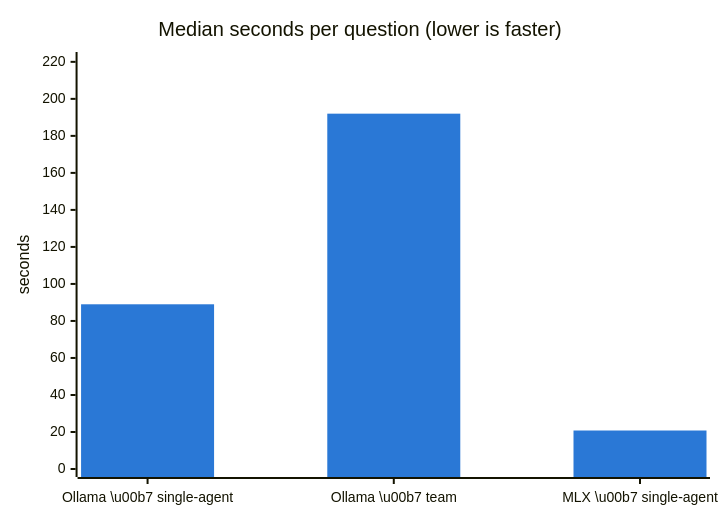
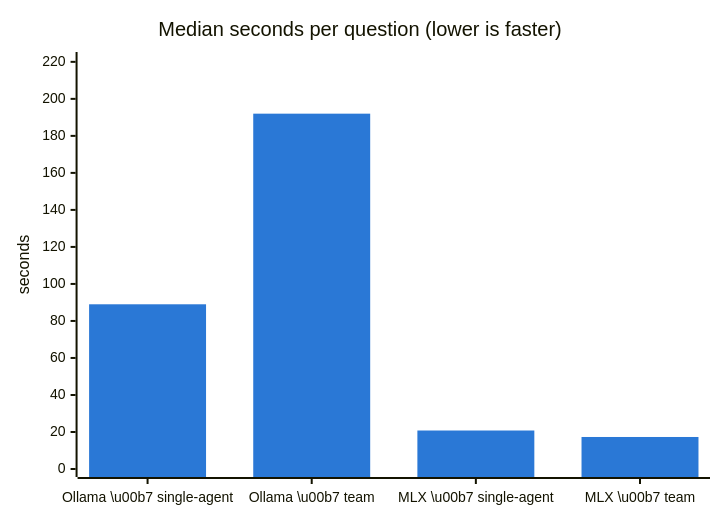
Before and after one commit to Luizkauffmann/Nvidia-Redhat-RiskLens: the second of 3 diagrams in demo_app/baselines/2026-10-17_bank15/README.md, drawn with Mermaid. The commit also changed other lines of this file and 2 other files, not shown here.

First line of the commit message:
Add MLX team run of the local 4B (15 questions) to the comparison

````diff
--- a/demo_app/baselines/2026-10-17_bank15/README.md
+++ b/demo_app/baselines/2026-10-17_bank15/README.md
@@ -26,8 +27,8 @@
 ```mermaid
 %%{init: {'themeVariables': {'xyChart': {'plotColorPalette': '#2a78d6'}}}}%%
 xychart-beta
     title "Median seconds per question (lower is faster)"
-    x-axis ["Ollama \u00b7 single-agent", "Ollama \u00b7 team", "MLX \u00b7 single-agent"]
+    x-axis ["Ollama \u00b7 single-agent", "Ollama \u00b7 team", "MLX \u00b7 single-agent", "MLX \u00b7 team"]
     y-axis "seconds" 0 --> 221
-    bar [89, 192, 20.8]
+    bar [89, 192, 20.8, 17.3]
 ```
````
